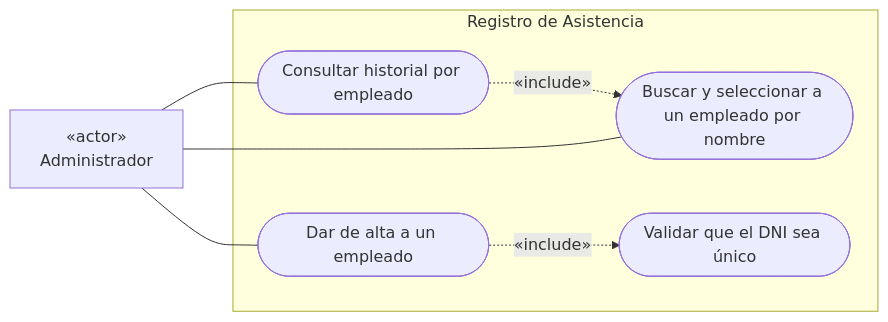
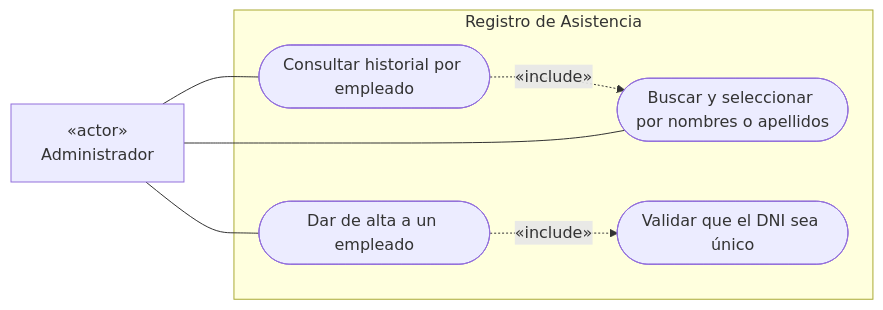
Before and after one commit to steveespinoza/Registro-de-Asistencia: the diagram in docs/04-Casos-de-uso/diagramas/Diagrama-Personal.md, drawn with Mermaid. The commit also changed other lines of this file and 37 other files, not shown here.

````diff
--- a/docs/04-Casos-de-uso/diagramas/Diagrama-Personal.md
+++ b/docs/04-Casos-de-uso/diagramas/Diagrama-Personal.md
@@ -5,18 +5,18 @@
 ```mermaid
 flowchart LR
     admin["«actor»<br/>Administrador"]
 
     subgraph personal["Registro de Asistencia"]
         alta(["Dar de alta a un empleado"])
-        buscar(["Buscar y seleccionar a un empleado por nombre"])
+        buscar(["Buscar y seleccionar por nombres o apellidos"])
         historial(["Consultar historial por empleado"])
         validarDni(["Validar que el DNI sea único"])
 
         alta -.->|«include»| validarDni
         historial -.->|«include»| buscar
     end
 
     admin --- alta
     admin --- buscar
     admin --- historial
 ```
````
